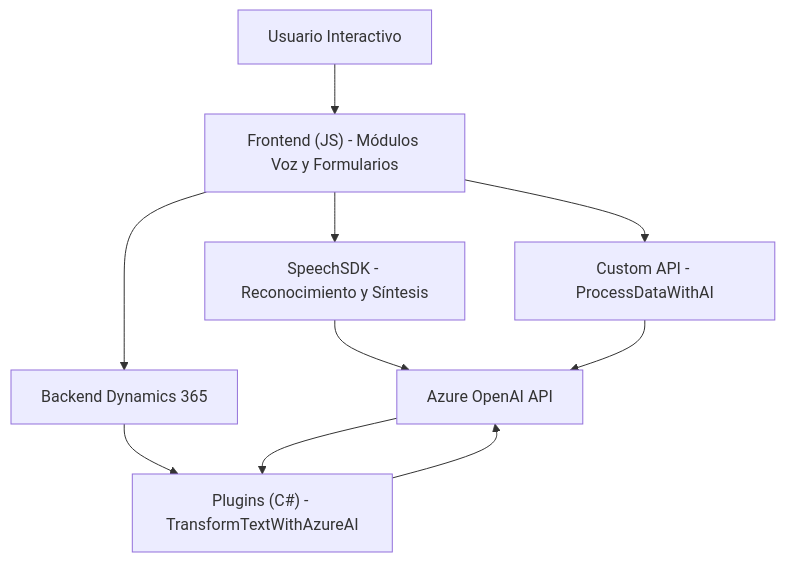
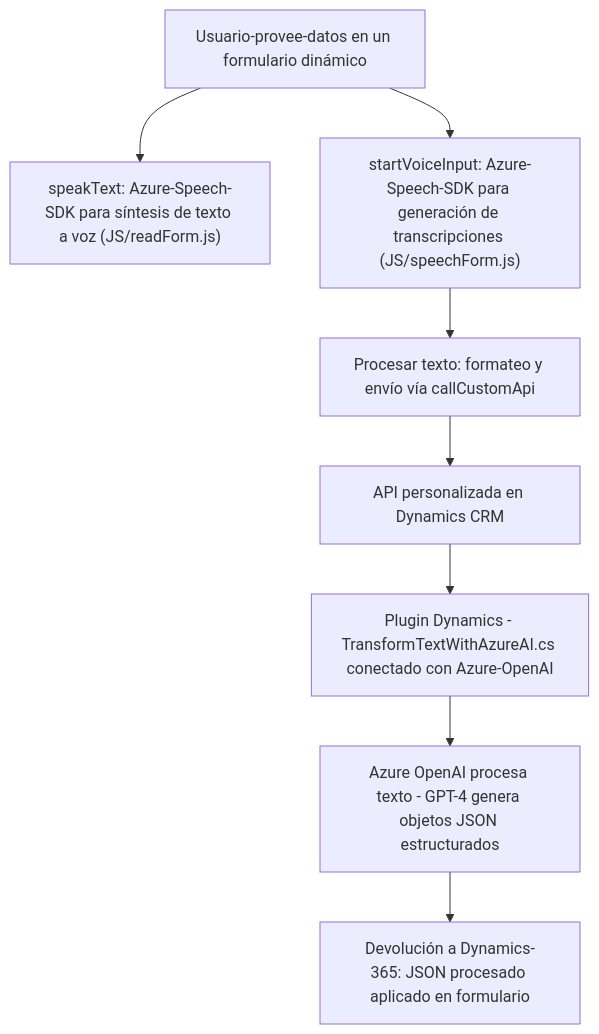
One commit to blopezdm/NETCORE_BILBAO2025 changed the diagram in README.md. Above: the diagram before and after it, drawn with Mermaid. The commit also changed other lines of this file, not shown here.

Commit message:
Actualizar análisis global de la solución con IA

````diff
--- a/README.md
+++ b/README.md
@@ -39,20 +33,19 @@
 ```mermaid
 graph TD
-    A["Usuario Interactivo"]
-    B["Frontend (JS) - Módulos Voz y Formularios"]
-    C["SpeechSDK - Reconocimiento y Síntesis"]
-    D["Custom API - ProcessDataWithAI"]
-    E["Backend Dynamics 365"]
-    F["Plugins (C#) - TransformTextWithAzureAI"]
-    G["Azure OpenAI API"]
-
+    A["Usuario-provee-datos en un formulario dinámico"] 
+    B["speakText: Azure-Speech-SDK para síntesis de texto a voz (JS/readForm.js)"] 
+    C["startVoiceInput: Azure-Speech-SDK para generación de transcripciones (JS/speechForm.js)"] 
+    D["Procesar texto: formateo y envío vía callCustomApi"] 
+    E["API personalizada en Dynamics CRM"] 
+    F["Plugin Dynamics - TransformTextWithAzureAI.cs conectado con Azure-OpenAI"] 
+    G["Azure OpenAI procesa texto - GPT-4 genera objetos JSON estructurados"] 
+    H["Devolución a Dynamics-365: JSON procesado aplicado en formulario"]
+    
     A --> B
-    B --> C
-    B --> D
-    C --> G
-    D --> G
-    B --> E
+    A --> C
+    C --> D
+    D --> E
     E --> F
     F --> G
-    G --> F
+    G --> H
 ```
````
